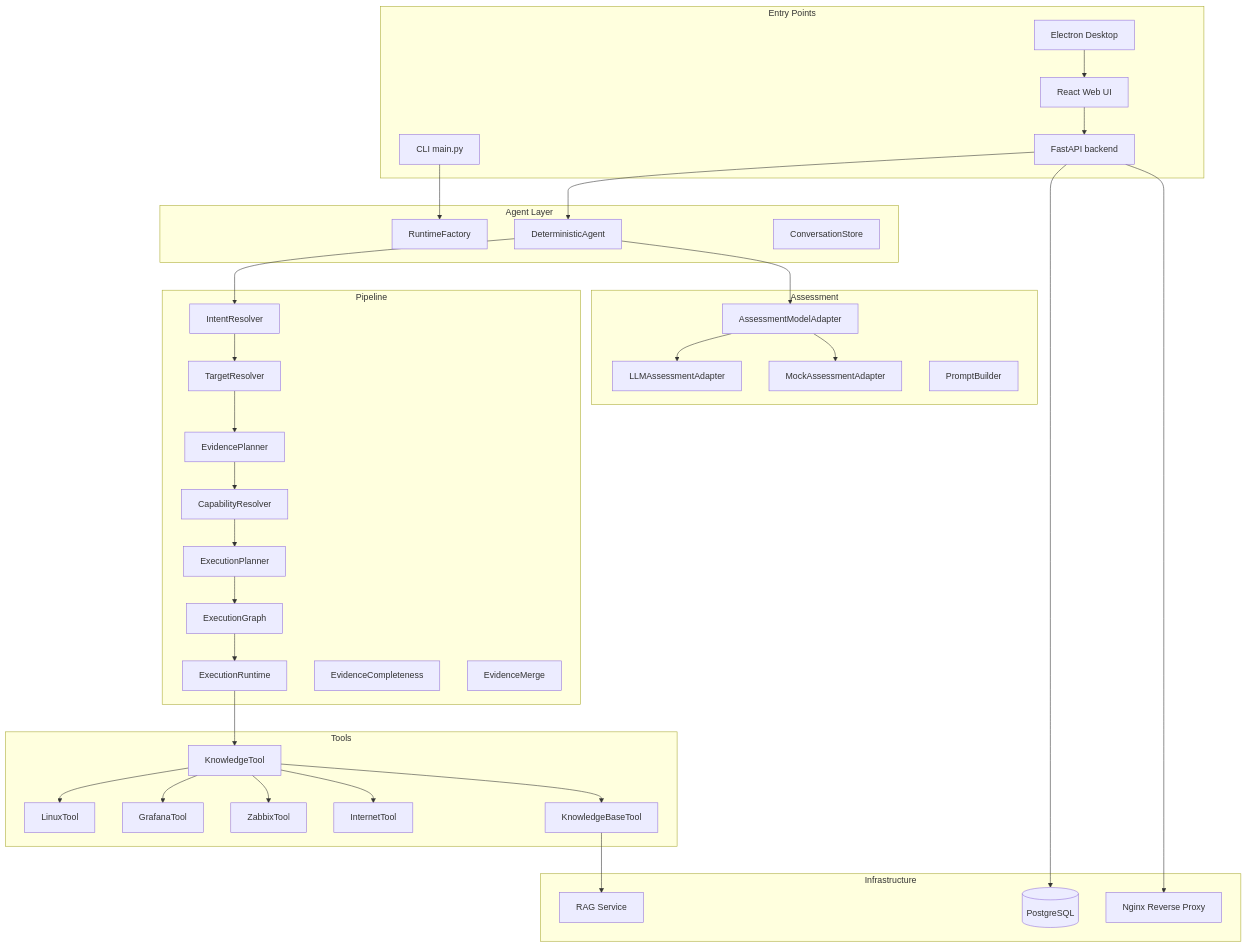
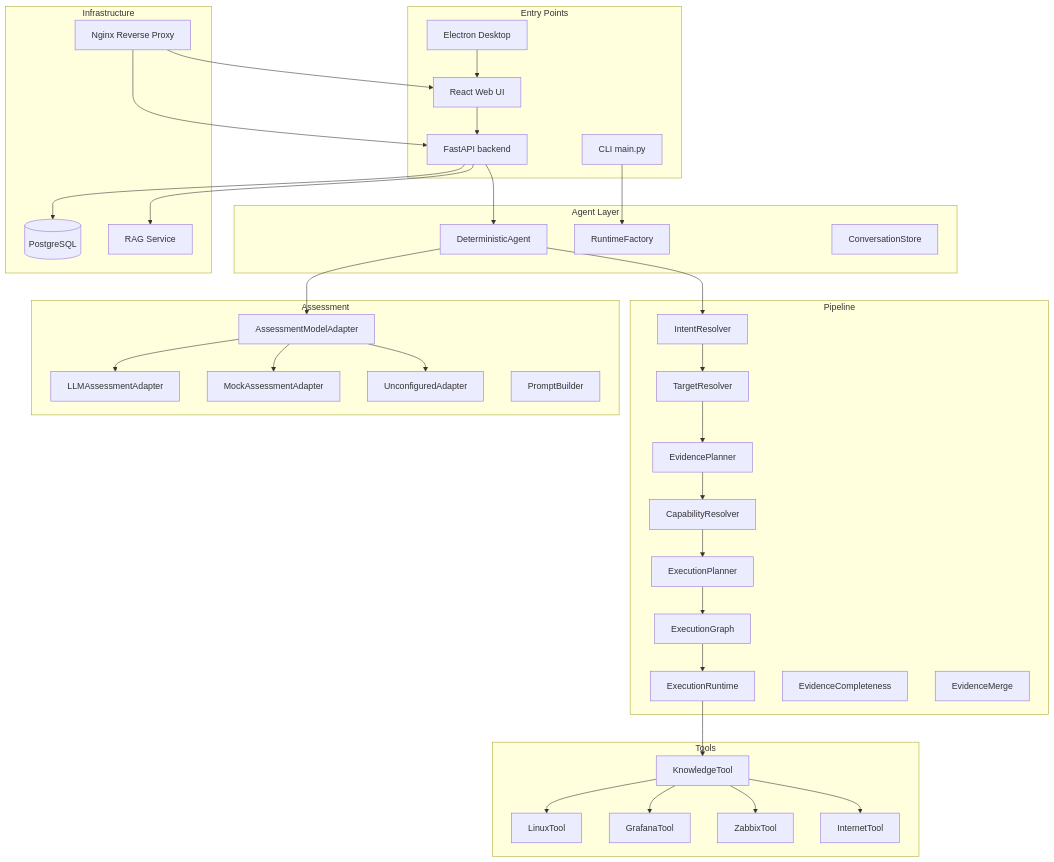
The second of 5 diagrams in docs/architecture/diagrams.md (phamhuubinh/infrastructure-agent), drawn with Mermaid before and after one commit. The commit also changed other lines of this file and 147 other files, not shown here.

````diff
--- a/docs/architecture/diagrams.md
+++ b/docs/architecture/diagrams.md
@@ -52,70 +52,71 @@
 ```mermaid
 graph TB
     subgraph "Entry Points"
         CLI[CLI main.py]
         API[FastAPI backend]
         UI[React Web UI]
         Desktop[Electron Desktop]
     end
 
     subgraph "Agent Layer"
         DA[DeterministicAgent]
         RF[RuntimeFactory]
         CS[ConversationStore]
     end
 
     subgraph "Pipeline"
         IR[IntentResolver]
         TR[TargetResolver]
         EP[EvidencePlanner]
         CR2[CapabilityResolver]
         EPl2[ExecutionPlanner]
         EG2[ExecutionGraph]
         ER2[ExecutionRuntime]
         EC[EvidenceCompleteness]
         EM[EvidenceMerge]
     end
 
     subgraph "Tools"
         KT[KnowledgeTool]
         LT[LinuxTool]
         GT[GrafanaTool]
         ZT[ZabbixTool]
         IT[InternetTool]
-        KBT[KnowledgeBaseTool]
     end
 
     subgraph "Assessment"
         AM[AssessmentModelAdapter]
         LLM[LLMAssessmentAdapter]
         Mock[MockAssessmentAdapter]
+        Setup[UnconfiguredAdapter]
         PB[PromptBuilder]
     end
 
     subgraph "Infrastructure"
         DB[(PostgreSQL)]
         RAG[RAG Service]
         Proxy[Nginx Reverse Proxy]
     end
 
     CLI --> RF
     API --> DA
     UI --> API
     Desktop --> UI
 
     DA --> IR --> TR --> EP --> CR2 --> EPl2 --> EG2 --> ER2
     ER2 --> KT
     KT --> LT
     KT --> GT
     KT --> ZT
     KT --> IT
-    KT --> KBT
 
     DA --> AM
     AM --> LLM
     AM --> Mock
+    AM --> Setup
 
     API --> DB
-    KBT --> RAG
-    API --> Proxy
+    API --> RAG
+    Proxy --> API
+    Proxy --> UI
 ```
````
